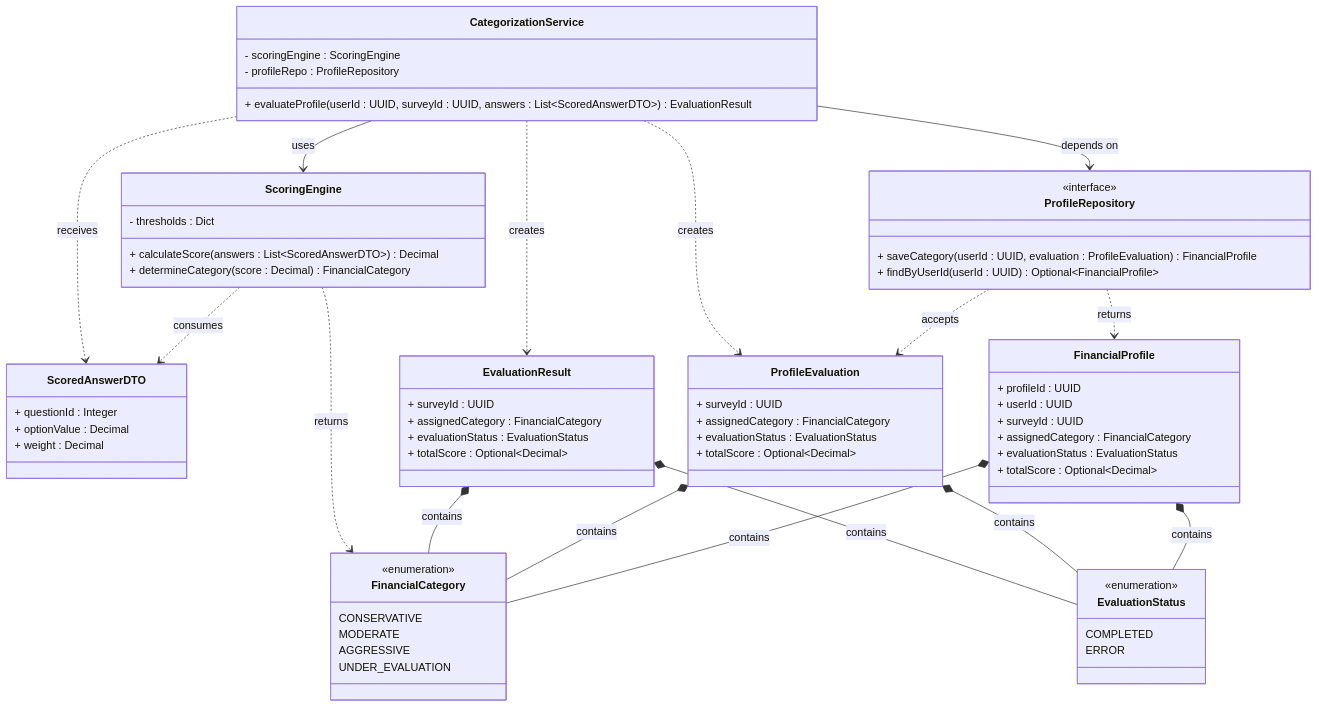
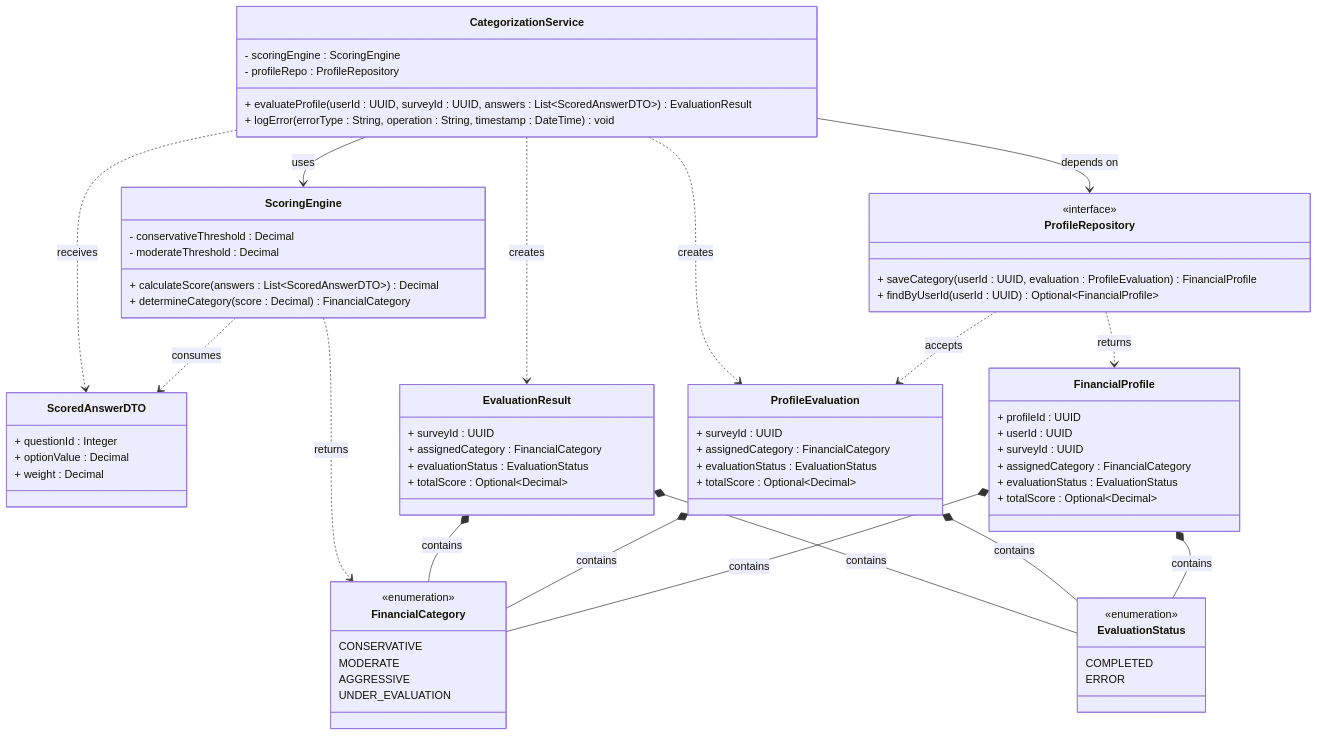
The second of 3 diagrams in docs/design/01_Architectural_and_Detailed_Design.md (juacortesva/Grupo-5-Finanzas-Ingesoft_I_UN_2026-II), drawn with Mermaid before and after one commit. The commit also changed other lines of this file and 35 other files, not shown here.

````diff
--- a/docs/design/01_Architectural_and_Detailed_Design.md
+++ b/docs/design/01_Architectural_and_Detailed_Design.md
@@ -104,79 +104,81 @@
 ```mermaid
 classDiagram
     class CategorizationService {
         - scoringEngine : ScoringEngine
         - profileRepo : ProfileRepository
         + evaluateProfile(userId : UUID, surveyId : UUID, answers : List~ScoredAnswerDTO~) EvaluationResult
+        + logError(errorType : String, operation : String, timestamp : DateTime) void
     }
   
     class ScoringEngine {
-        - thresholds : Dict
+        - conservativeThreshold : Decimal
+        - moderateThreshold : Decimal
         + calculateScore(answers : List~ScoredAnswerDTO~) Decimal
         + determineCategory(score : Decimal) FinancialCategory
     }
 
     class ScoredAnswerDTO {
         + questionId : Integer
         + optionValue : Decimal
         + weight : Decimal
     }
 
     class ProfileEvaluation {
         + surveyId : UUID
         + assignedCategory : FinancialCategory
         + evaluationStatus : EvaluationStatus
         + totalScore : Optional~Decimal~
     }
   
     class EvaluationResult {
         + surveyId : UUID
         + assignedCategory : FinancialCategory
         + evaluationStatus : EvaluationStatus
         + totalScore : Optional~Decimal~
     }
 
     class FinancialProfile {
         + profileId : UUID
         + userId : UUID
         + surveyId : UUID
         + assignedCategory : FinancialCategory
         + evaluationStatus : EvaluationStatus
         + totalScore : Optional~Decimal~
     }
   
     class FinancialCategory {
         <<enumeration>>
         CONSERVATIVE
         MODERATE
         AGGRESSIVE
         UNDER_EVALUATION
     }
 
     class EvaluationStatus {
         <<enumeration>>
         COMPLETED
         ERROR
     }
   
     class ProfileRepository {
         <<interface>>
         + saveCategory(userId : UUID, evaluation : ProfileEvaluation) FinancialProfile
         + findByUserId(userId : UUID) Optional~FinancialProfile~
     }
 
     CategorizationService --> ScoringEngine : uses
     CategorizationService ..> ScoredAnswerDTO : receives
     CategorizationService ..> ProfileEvaluation : creates
     CategorizationService ..> EvaluationResult : creates
     CategorizationService --> ProfileRepository : depends on
     ScoringEngine ..> ScoredAnswerDTO : consumes
     ScoringEngine ..> FinancialCategory : returns
     EvaluationResult *-- FinancialCategory : contains
     EvaluationResult *-- EvaluationStatus : contains
     ProfileEvaluation *-- FinancialCategory : contains
     ProfileEvaluation *-- EvaluationStatus : contains
     FinancialProfile *-- FinancialCategory : contains
     FinancialProfile *-- EvaluationStatus : contains
     ProfileRepository ..> ProfileEvaluation : accepts
     ProfileRepository ..> FinancialProfile : returns
 ```
````
